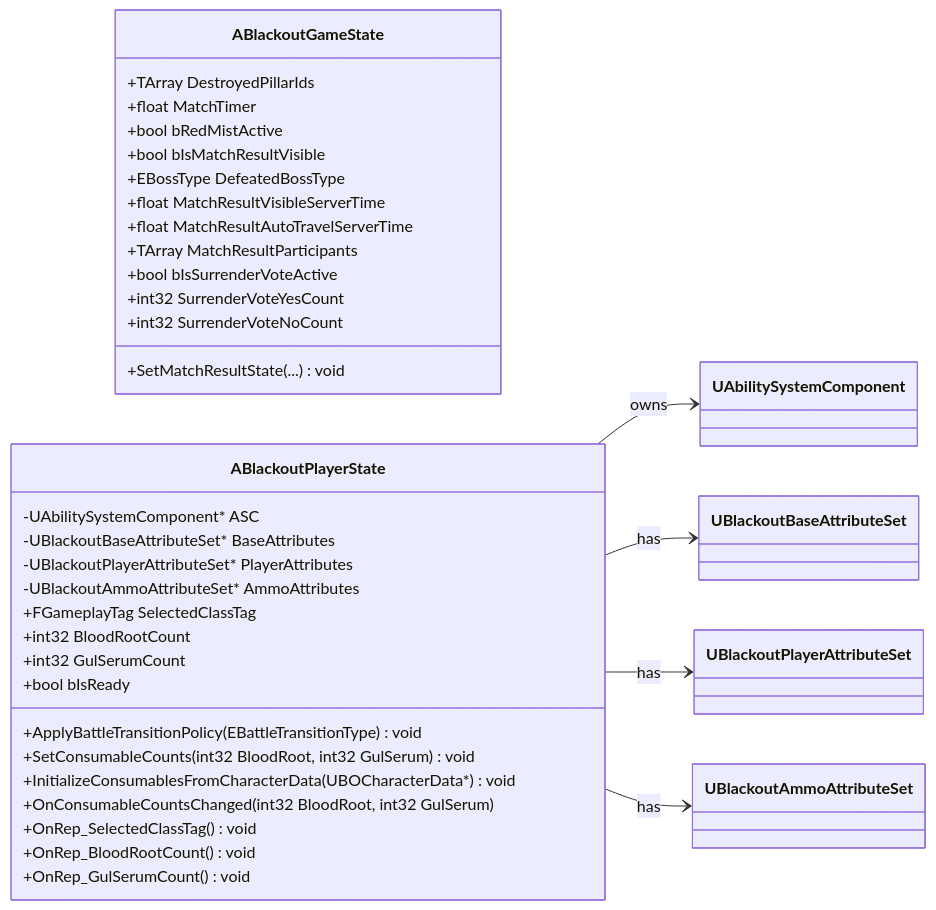
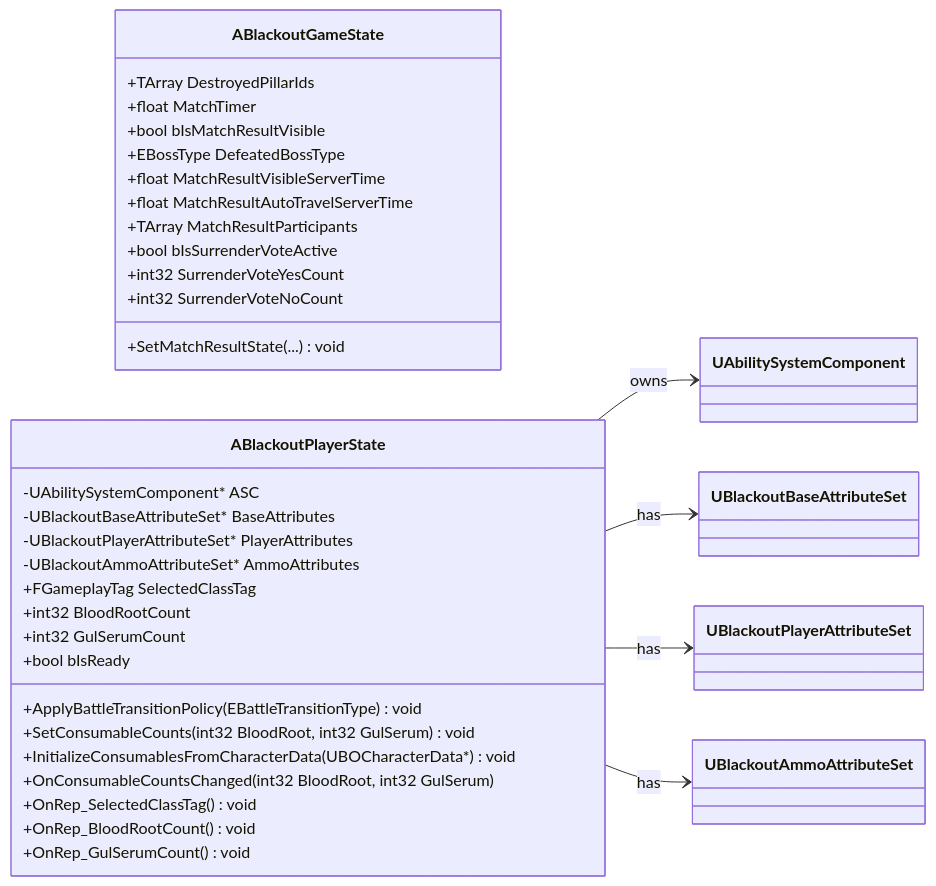
Before and after one commit to seongwon1579/ProjectBlackout: the third of 15 diagrams in Docs/Project_Blackout_클래스다이어그램.md, drawn with Mermaid. The commit also changed other lines of this file and 29 other files, not shown here.

````diff
--- a/Docs/Project_Blackout_클래스다이어그램.md
+++ b/Docs/Project_Blackout_클래스다이어그램.md
@@ -136,42 +143,41 @@
 ```mermaid
 classDiagram
     direction LR
 
     class ABlackoutGameState {
         +TArray DestroyedPillarIds
         +float MatchTimer
-        +bool bRedMistActive
         +bool bIsMatchResultVisible
         +EBossType DefeatedBossType
         +float MatchResultVisibleServerTime
         +float MatchResultAutoTravelServerTime
         +TArray MatchResultParticipants
         +bool bIsSurrenderVoteActive
         +int32 SurrenderVoteYesCount
         +int32 SurrenderVoteNoCount
         +SetMatchResultState(...) void
     }
 
     class ABlackoutPlayerState {
         -UAbilitySystemComponent* ASC
         -UBlackoutBaseAttributeSet* BaseAttributes
         -UBlackoutPlayerAttributeSet* PlayerAttributes
         -UBlackoutAmmoAttributeSet* AmmoAttributes
         +FGameplayTag SelectedClassTag
         +int32 BloodRootCount
         +int32 GulSerumCount
         +bool bIsReady
         +ApplyBattleTransitionPolicy(EBattleTransitionType) void
         +SetConsumableCounts(int32 BloodRoot, int32 GulSerum) void
         +InitializeConsumablesFromCharacterData(UBOCharacterData*) void
         +OnConsumableCountsChanged(int32 BloodRoot, int32 GulSerum)
         +OnRep_SelectedClassTag() void
         +OnRep_BloodRootCount() void
         +OnRep_GulSerumCount() void
     }
 
     ABlackoutPlayerState --> UAbilitySystemComponent : owns
     ABlackoutPlayerState --> UBlackoutBaseAttributeSet : has
     ABlackoutPlayerState --> UBlackoutPlayerAttributeSet : has
     ABlackoutPlayerState --> UBlackoutAmmoAttributeSet : has
 ```
````
